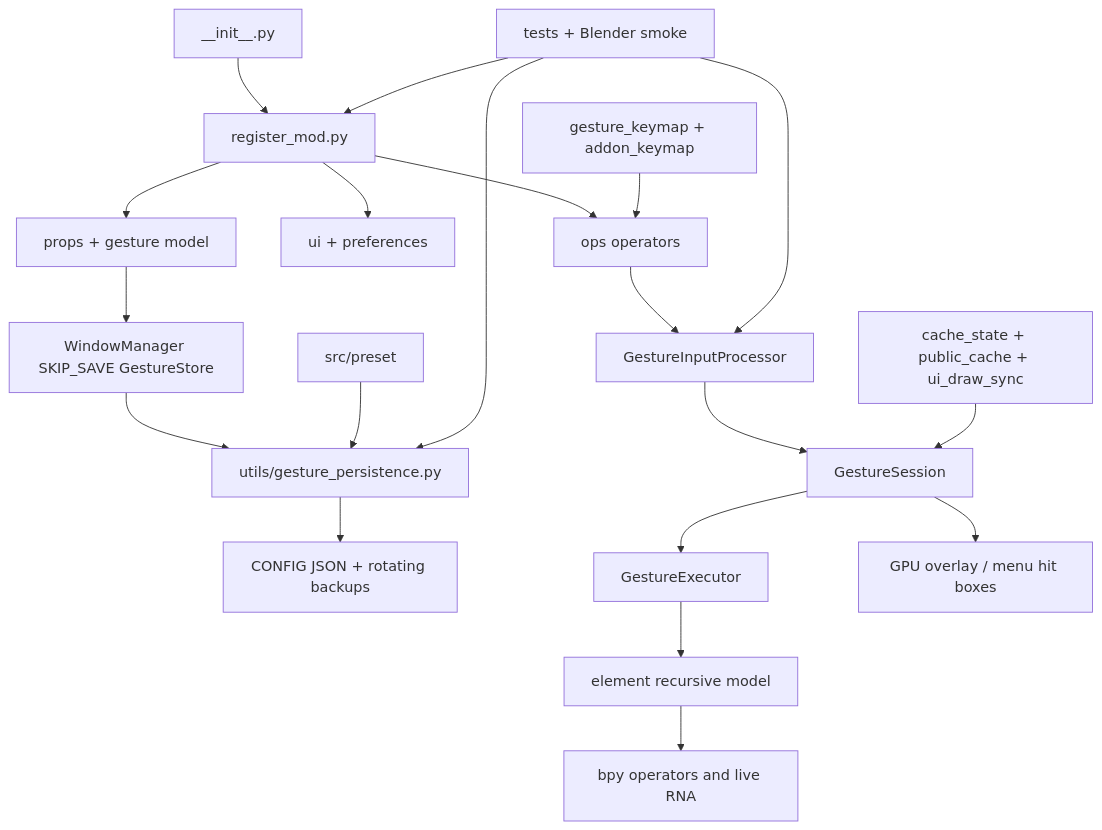
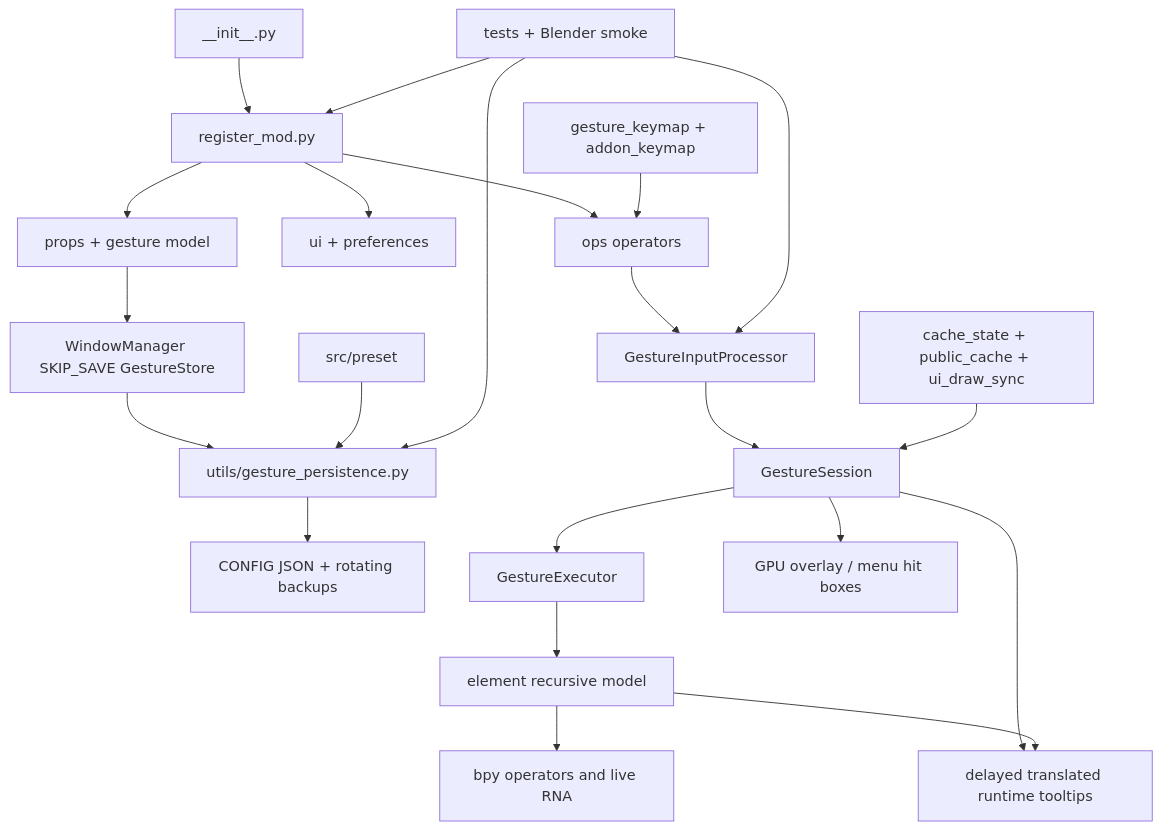
One commit to AIGODLIKE/gesture_helper changed the diagram in PROJECT_CONTEXT.md. Above: the diagram before and after it, drawn with Mermaid. The commit also changed other lines of this file and 17 other files, not shown here.

First line of the commit message:
feat(tooltip): add hover tooltip functionality with delayed display and metadata

````diff
--- a/PROJECT_CONTEXT.md
+++ b/PROJECT_CONTEXT.md
@@ -83,22 +88,24 @@
 ```mermaid
 flowchart TD
     Entry[__init__.py] --> Reg[register_mod.py]
     Reg --> RNA[props + gesture model]
     Reg --> UI[ui + preferences]
     Reg --> Ops[ops operators]
     RNA --> Store[WindowManager SKIP_SAVE GestureStore]
     Store --> Persist[utils/gesture_persistence.py]
     Persist --> JSON[CONFIG JSON + rotating backups]
     Ops --> Input[GestureInputProcessor]
     Input --> Session[GestureSession]
     Session --> Exec[GestureExecutor]
     Exec --> Elements[element recursive model]
     Elements --> Blender[bpy operators and live RNA]
     Session --> Draw[GPU overlay / menu hit boxes]
+    Session --> Tooltip[delayed translated runtime tooltips]
+    Elements --> Tooltip
     Cache[cache_state + public_cache + ui_draw_sync] --> Session
     Keymap[gesture_keymap + addon_keymap] --> Ops
     Presets[src/preset] --> Persist
     Tests[tests + Blender smoke] --> Reg
     Tests --> Persist
     Tests --> Input
 ```
````
